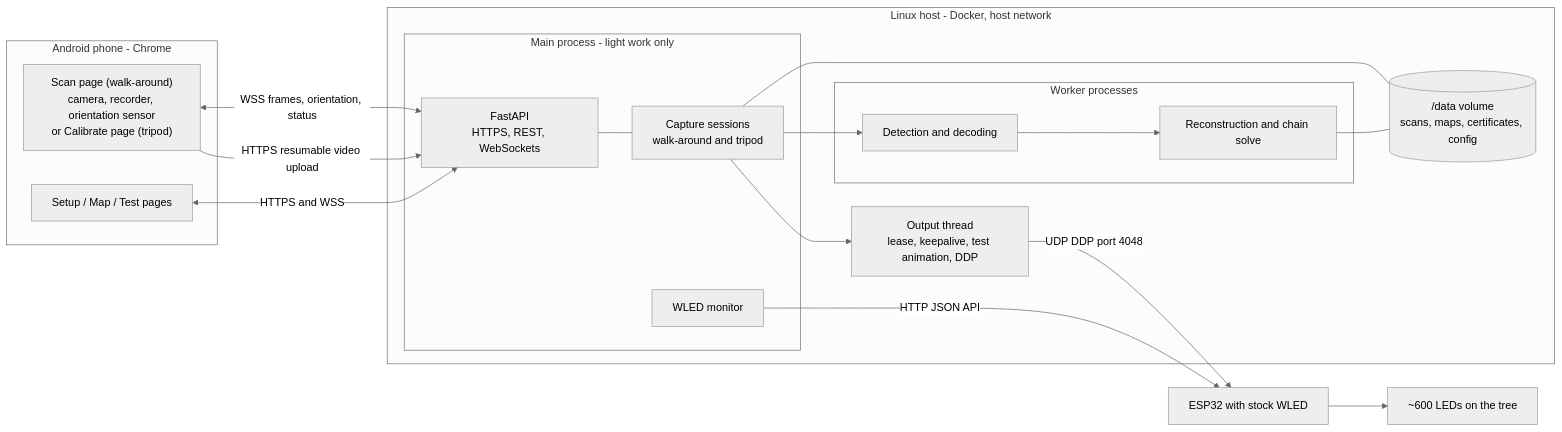
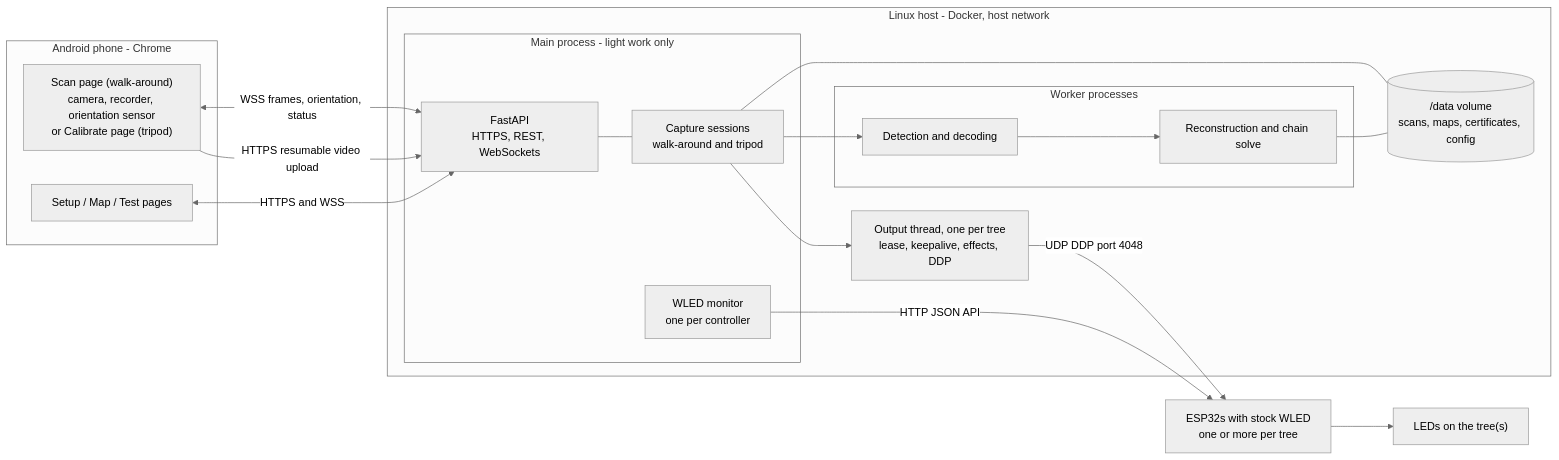
One commit to vinnesttree/TreeLights changed the first of 2 diagrams in architecture.md. Above: the diagram before and after it, drawn with Mermaid (neutral theme). The commit also changed other lines of this file and 1 other file, not shown here.

First line of the commit message:
Architecture and README: several controllers per tree and several trees

````diff
--- a/architecture.md
+++ b/architecture.md
@@ -160,32 +160,32 @@
 ```mermaid
 flowchart LR
   subgraph Phone["Android phone - Chrome"]
     CAP["Scan page (walk-around)<br/>camera, recorder, orientation sensor<br/>or Calibrate page (tripod)"]
     UI["Setup / Map / Test pages"]
   end
   subgraph Host["Linux host - Docker, host network"]
     subgraph Main["Main process - light work only"]
       API["FastAPI<br/>HTTPS, REST, WebSockets"]
       SES["Capture sessions<br/>walk-around and tripod"]
-      MON["WLED monitor"]
+      MON["WLED monitor<br/>one per controller"]
     end
-    OUT["Output thread<br/>lease, keepalive, test animation, DDP"]
+    OUT["Output thread, one per tree<br/>lease, keepalive, effects, DDP"]
     subgraph Workers["Worker processes"]
       DET["Detection and decoding"]
       REC["Reconstruction and chain solve"]
     end
     DATA[("/data volume<br/>scans, maps, certificates, config")]
   end
-  WLED["ESP32 with stock WLED"] --> LEDS["~600 LEDs on the tree"]
+  WLED["ESP32s with stock WLED<br/>one or more per tree"] --> LEDS["LEDs on the tree(s)"]
   CAP <-->|WSS frames, orientation, status| API
   CAP -->|HTTPS resumable video upload| API
   UI <-->|HTTPS and WSS| API
   API --- SES
   SES --> OUT
   SES --> DET
   DET --> REC
   SES --- DATA
   REC --- DATA
   OUT -->|UDP DDP port 4048| WLED
   MON -->|HTTP JSON API| WLED
 ```
````
